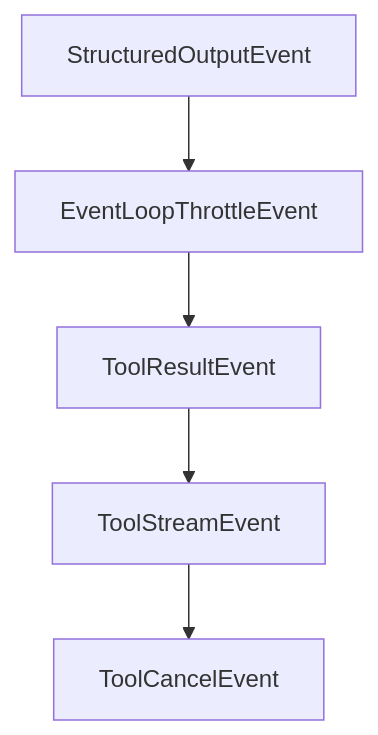
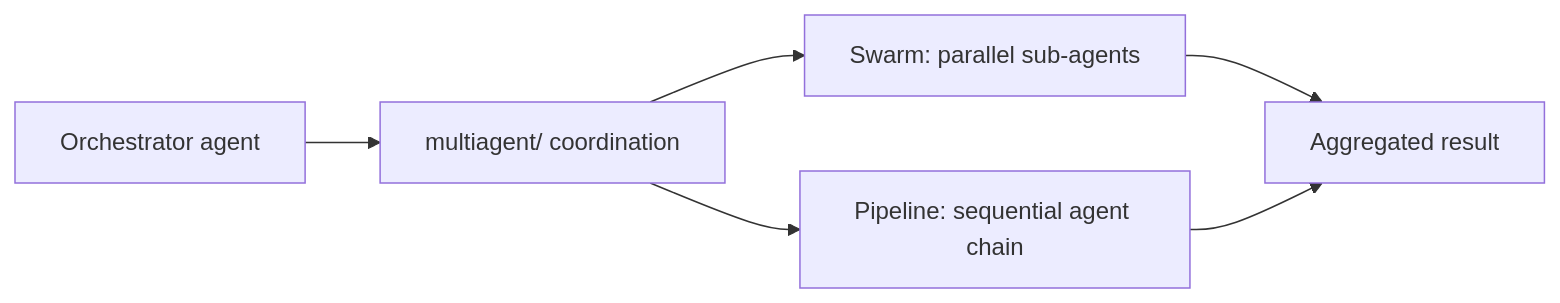
Before and after one commit to johnxie/awesome-code-docs: the diagram in tutorials/strands-agents-tutorial/06-multi-agent-and-advanced-patterns.md, drawn with Mermaid. The commit also changed other lines of this file and 1232 other files, not shown here.

````diff
--- a/tutorials/strands-agents-tutorial/06-multi-agent-and-advanced-patterns.md
+++ b/tutorials/strands-agents-tutorial/06-multi-agent-and-advanced-patterns.md
@@ -212,12 +55,8 @@
 ```mermaid
-flowchart TD
-    A[StructuredOutputEvent]
-    B[EventLoopThrottleEvent]
-    C[ToolResultEvent]
-    D[ToolStreamEvent]
-    E[ToolCancelEvent]
-    A --> B
-    B --> C
-    C --> D
+flowchart LR
+    A[Orchestrator agent] --> B[multiagent/ coordination]
+    B --> C[Swarm: parallel sub-agents]
+    B --> D[Pipeline: sequential agent chain]
+    C --> E[Aggregated result]
     D --> E
 ```
````
